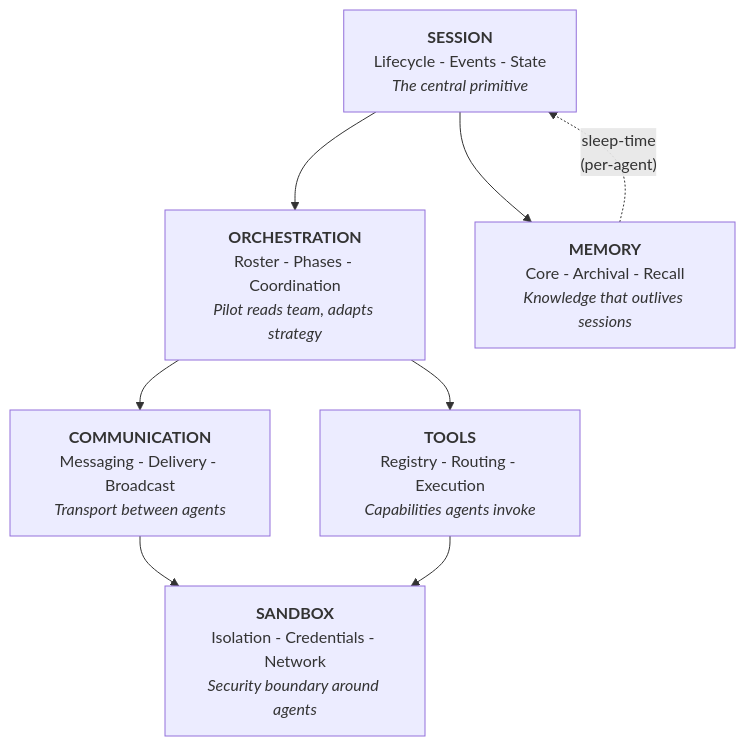
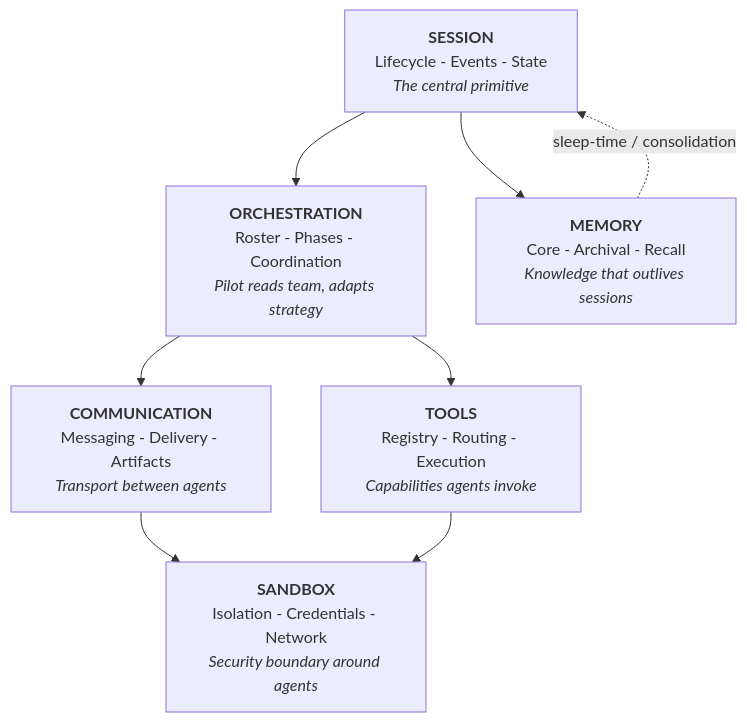
The diagram in docs/PHILOSOPHY.md (donovan-yohan/belayer), drawn with Mermaid before and after one commit. The commit also changed other lines of this file and 31 other files, not shown here.

````diff
--- a/docs/PHILOSOPHY.md
+++ b/docs/PHILOSOPHY.md
@@ -30,22 +42,17 @@
 ```mermaid
 flowchart TB
     S["<b>SESSION</b><br/>Lifecycle - Events - State<br/><i>The central primitive</i>"]
-
     O["<b>ORCHESTRATION</b><br/>Roster - Phases - Coordination<br/><i>Pilot reads team, adapts strategy</i>"]
-
     M["<b>MEMORY</b><br/>Core - Archival - Recall<br/><i>Knowledge that outlives sessions</i>"]
-
-    C["<b>COMMUNICATION</b><br/>Messaging - Delivery - Broadcast<br/><i>Transport between agents</i>"]
-
+    C["<b>COMMUNICATION</b><br/>Messaging - Delivery - Artifacts<br/><i>Transport between agents</i>"]
     T["<b>TOOLS</b><br/>Registry - Routing - Execution<br/><i>Capabilities agents invoke</i>"]
-
     SB["<b>SANDBOX</b><br/>Isolation - Credentials - Network<br/><i>Security boundary around agents</i>"]
 
     S --> O
     S --> M
     O --> C
     O --> T
     C --> SB
     T --> SB
-    M -.->|"sleep-time<br/>(per-agent)"| S
+    M -.->|"sleep-time / consolidation"| S
 ```
````
